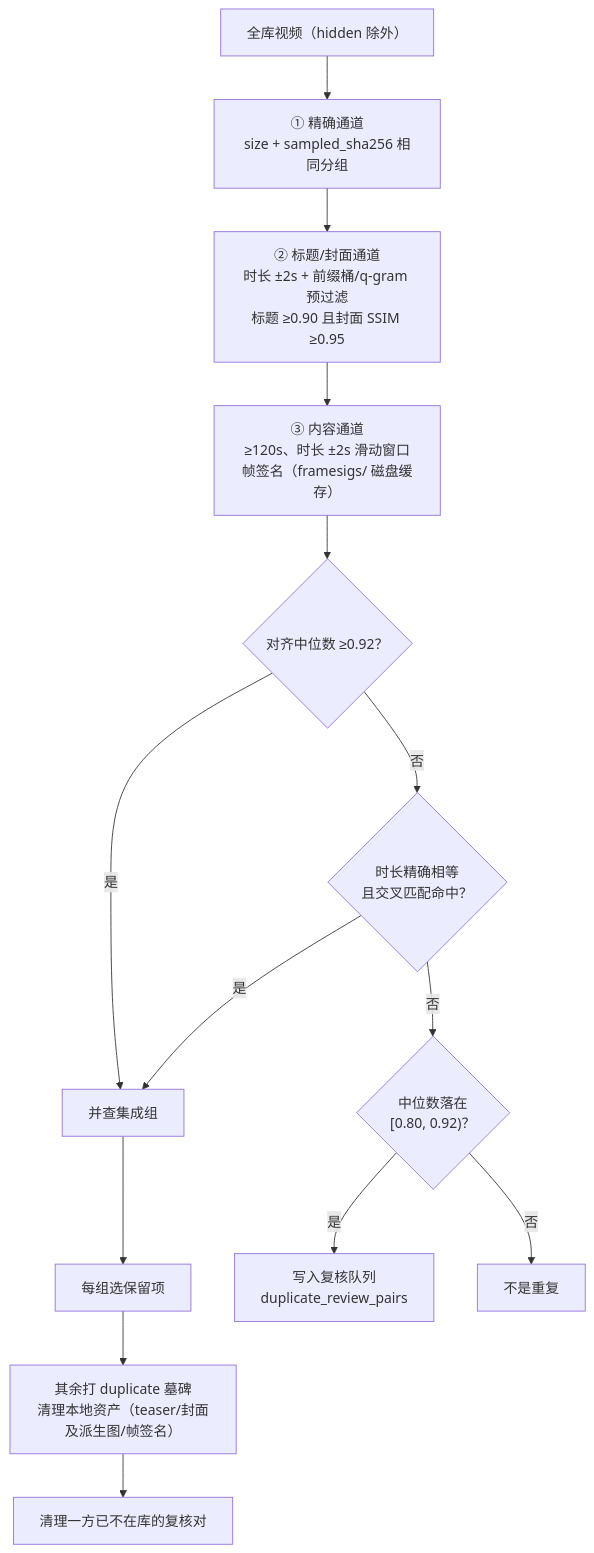
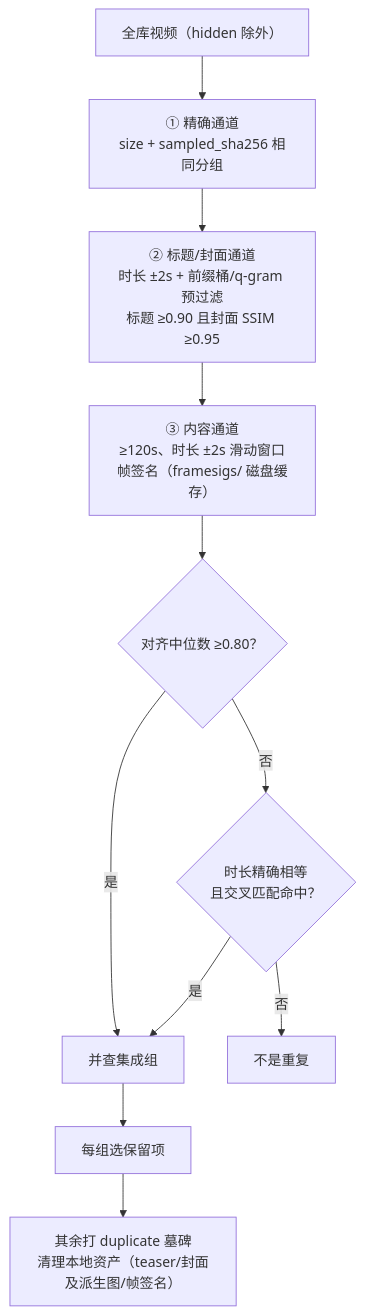
One commit to BAIBAIGE/91 changed the third of 3 diagrams in backend/docs/DEDUP.md. Above: the diagram before and after it, drawn with Mermaid. The commit also changed other lines of this file and 23 other files, not shown here.

Commit message:
feat(dedupe): retire manual duplicate review

````diff
--- a/backend/docs/DEDUP.md
+++ b/backend/docs/DEDUP.md
@@ -67,16 +65,13 @@
 ```mermaid
 flowchart TD
     S["全库视频（hidden 除外）"] --> E1["① 精确通道<br/>size + sampled_sha256 相同分组"]
     E1 --> E2["② 标题/封面通道<br/>时长 ±2s + 前缀桶/q-gram 预过滤<br/>标题 ≥0.90 且封面 SSIM ≥0.95"]
     E2 --> E3["③ 内容通道<br/>≥120s、时长 ±2s 滑动窗口<br/>帧签名（framesigs/ 磁盘缓存）"]
-    E3 --> R1{"对齐中位数 ≥0.92？"}
+    E3 --> R1{"对齐中位数 ≥0.80？"}
     R1 -- 是 --> DUP["并查集成组"]
     R1 -- 否 --> CR{"时长精确相等<br/>且交叉匹配命中？"}
     CR -- 是 --> DUP
-    CR -- 否 --> NM{"中位数落在<br/>[0.80, 0.92)？"}
-    NM -- 是 --> REV["写入复核队列<br/>duplicate_review_pairs"]
-    NM -- 否 --> PASS["不是重复"]
+    CR -- 否 --> PASS["不是重复"]
     DUP --> CANON["每组选保留项"]
     CANON --> DEL["其余打 duplicate 墓碑<br/>清理本地资产（teaser/封面及派生图/帧签名）"]
-    DEL --> PRUNE["清理一方已不在库的复核对"]
 ```
````
